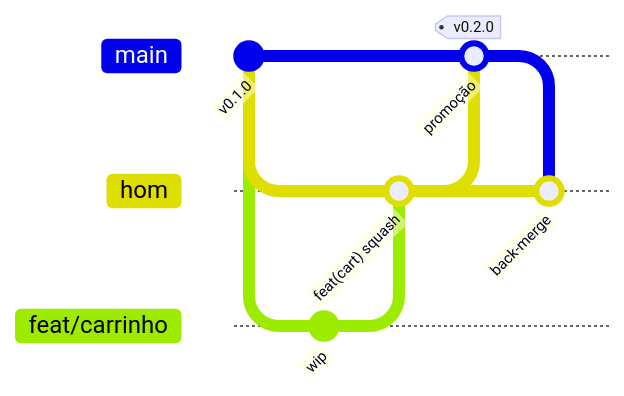
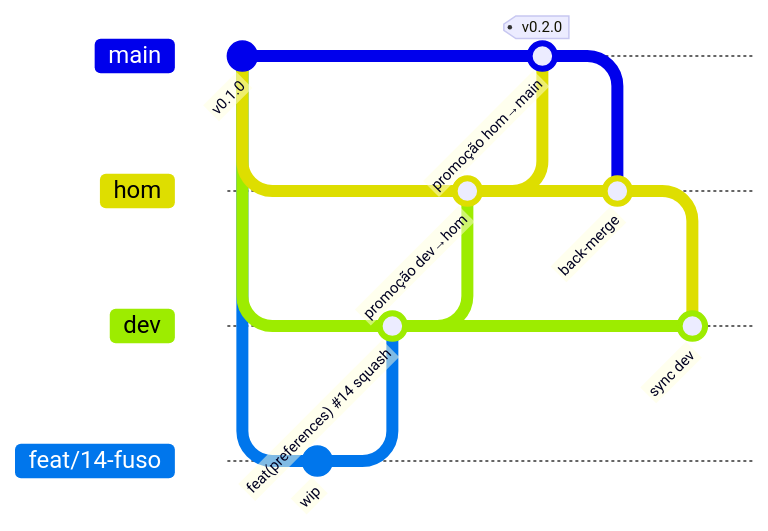
One commit to abeeyh/shop changed the first of 2 diagrams in docs/13-padroes-qualidade.md. Above: the diagram before and after it, drawn with Mermaid. The commit also changed other lines of this file and 16 other files, not shown here.

First line of the commit message:
docs: adotar fluxo dev → hom → main com tarefa por issue (#32)

````diff
--- a/docs/13-padroes-qualidade.md
+++ b/docs/13-padroes-qualidade.md
@@ -136,14 +147,19 @@
 ```mermaid
 gitGraph
   commit id: "v0.1.0"
   branch hom
+  branch dev
+  checkout dev
+  branch feat/14-fuso
+  commit id: "wip"
+  checkout dev
+  merge feat/14-fuso id: "feat(preferences) #14 squash"
   checkout hom
-  branch feat/carrinho
-  commit id: "wip"
-  checkout hom
-  merge feat/carrinho id: "feat(cart) squash"
+  merge dev id: "promoção dev→hom"
   checkout main
-  merge hom id: "promoção" tag: "v0.2.0"
+  merge hom id: "promoção hom→main" tag: "v0.2.0"
   checkout hom
   merge main id: "back-merge"
+  checkout dev
+  merge hom id: "sync dev"
 ```
````
